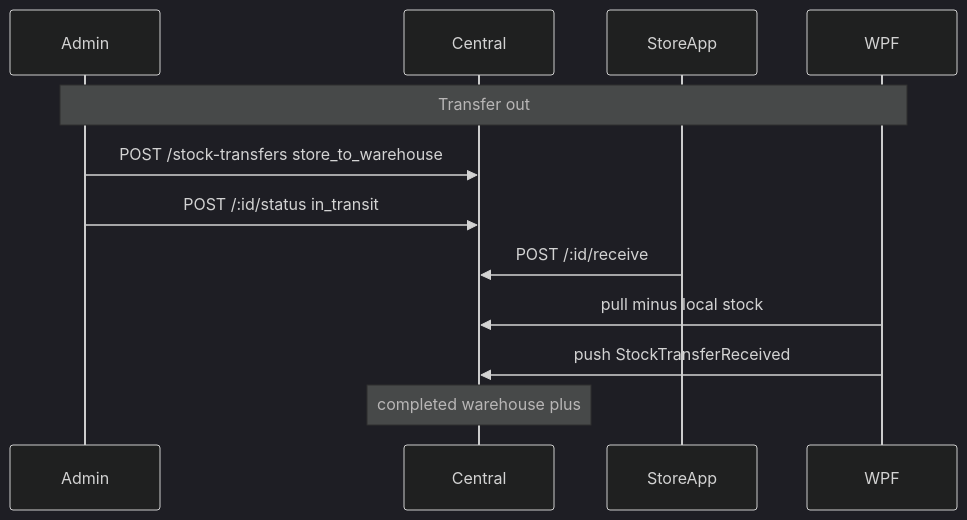
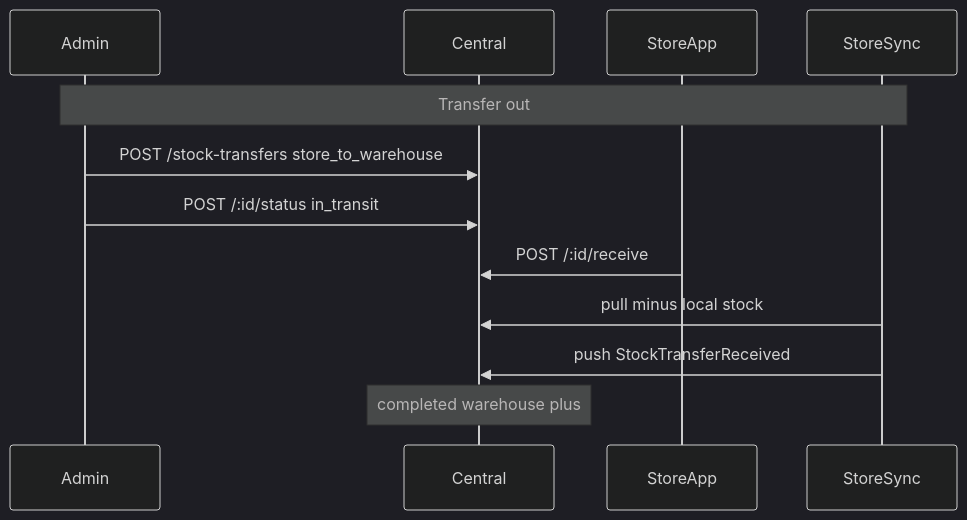
The diagram in docs/stock-transfers.md (gopi2306/rrbridal), drawn with Mermaid (dark theme) before and after one commit. The commit also changed other lines of this file and 28 other files, not shown here.

````diff
--- a/docs/stock-transfers.md
+++ b/docs/stock-transfers.md
@@ -67,15 +67,15 @@
 ```mermaid
 sequenceDiagram
   participant Admin
   participant Central
   participant StoreApp
-  participant WPF
+  participant StoreSync
 
-  Note over Admin,WPF: Transfer out
+  Note over Admin,StoreSync: Transfer out
   Admin->>Central: POST /stock-transfers store_to_warehouse
   Admin->>Central: POST /:id/status in_transit
   StoreApp->>Central: POST /:id/receive
-  WPF->>Central: pull minus local stock
-  WPF->>Central: push StockTransferReceived
+  StoreSync->>Central: pull minus local stock
+  StoreSync->>Central: push StockTransferReceived
   Note over Central: completed warehouse plus
 ```
````
